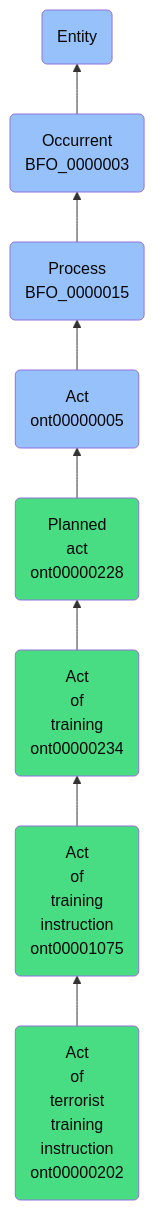
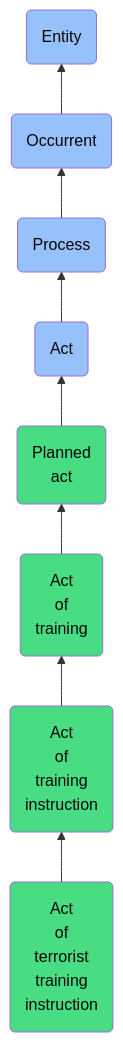
The diagram in docs/ontology/reference/model/Entity/Occurrent/Process/Act/Planned act/Act of training/Act of training instruction/Act of terrorist training instruction/Act of terrorist training instruction.md (jupyter-naas/abi), drawn with Mermaid before and after one commit. The commit also changed other lines of this file and 1430 other files, not shown here.

````diff
--- a/docs/ontology/reference/model/Entity/Occurrent/Process/Act/Planned act/Act of training/Act of training instruction/Act of terrorist training instruction/Act of terrorist training instruction.md
+++ b/docs/ontology/reference/model/Entity/Occurrent/Process/Act/Planned act/Act of training/Act of training instruction/Act of terrorist training instruction/Act of terrorist training instruction.md
@@ -24,15 +24,15 @@
 ```mermaid
 graph BT
-    ont00000202(Act<br>of<br>terrorist<br>training<br>instruction<br>ont00000202):::ABI-->ont00001075
-    ont00001075(Act<br>of<br>training<br>instruction<br>ont00001075):::ABI-->ont00000234
-    ont00000234(Act<br>of<br>training<br>ont00000234):::ABI-->ont00000228
-    ont00000228(Planned<br>act<br>ont00000228):::ABI-->ont00000005
-    ont00000005(Act<br>ont00000005):::BFO-->BFO_0000015
-    BFO_0000015(Process<br>BFO_0000015):::BFO-->BFO_0000003
-    BFO_0000003(Occurrent<br>BFO_0000003):::BFO-->BFO_0000001
+    ont00000202(Act<br>of<br>terrorist<br>training<br>instruction):::ABI-->ont00001075
+    ont00001075(Act<br>of<br>training<br>instruction):::ABI-->ont00000234
+    ont00000234(Act<br>of<br>training):::ABI-->ont00000228
+    ont00000228(Planned<br>act):::ABI-->ont00000005
+    ont00000005(Act):::BFO-->BFO_0000015
+    BFO_0000015(Process):::BFO-->BFO_0000003
+    BFO_0000003(Occurrent):::BFO-->BFO_0000001
     BFO_0000001(Entity):::BFO
     
     classDef BFO fill:#97c1fb,color:#060606
     classDef CCO fill:#e4c51e,color:#060606
     classDef ABI fill:#48DD82,color:#060606
 ```
````
